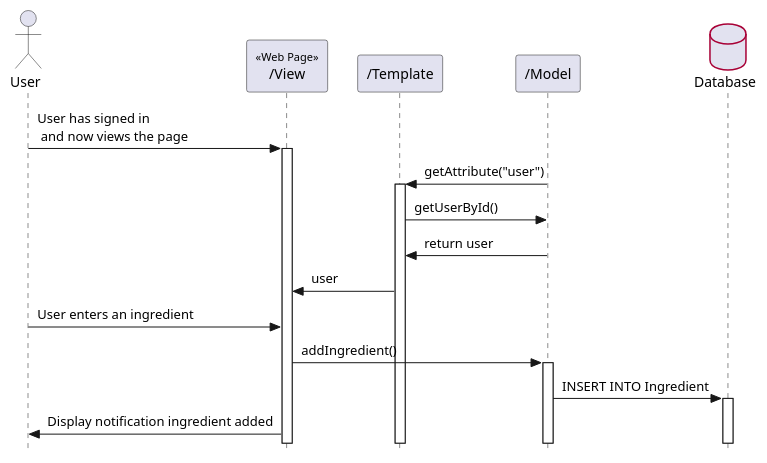
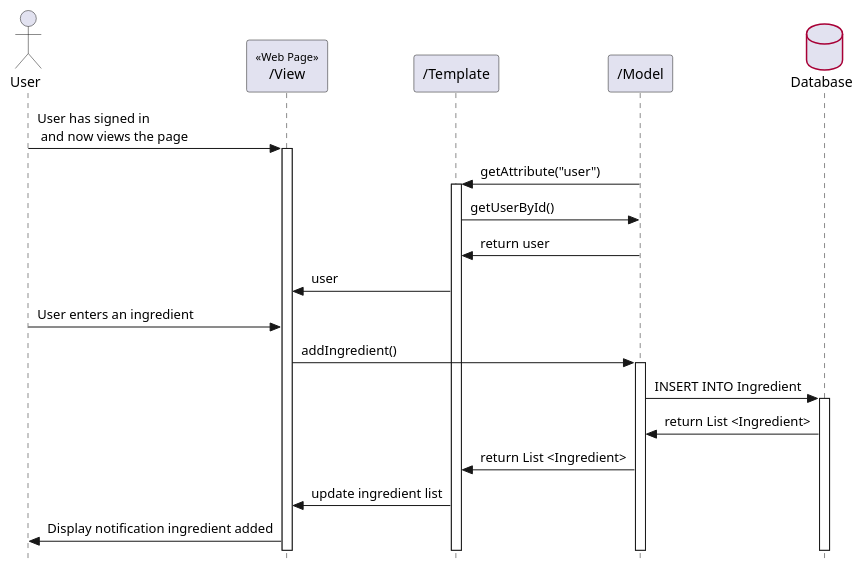
The diagram in Diagrams/UserAddsIngredient.puml (bluewolf44/PantryPal), drawn with PlantUML before and after one commit.

Commit message:
updated user adds ingredient

```diff
--- a/Diagrams/UserAddsIngredient.puml
+++ b/Diagrams/UserAddsIngredient.puml
@@ -1,48 +1,51 @@
 @startuml customerViewsProductPage
 
 ' === Style Tweaks ===
 
 skinparam {
   Style StrictUML
   RoundCorner 5
   ParticipantPadding 10
   Padding 2
   SequenceStereotype {
     Font {
       Size 11
       Style plain
     }
   }
   Database {
 	BorderColor #A80036
   }
 }
 
 
 ' === Actors / Participants
 
 actor "User" as user
 participant "/View" as view << Web Page >>
 participant "/Template" as template
 participant "/Model" as model 
 database "Database" as db
 
 
 ' === Interactions ===
 
 user -> view++ : User has signed in\n and now views the page
 
 model -> template++ : getAttribute("user")
 template -> model : getUserById()
 model -> template : return user
 template -> view : user
 
 
 user -> view : User enters an ingredient
 view -> model++ : addIngredient()
 model -> db++ : INSERT INTO Ingredient
+db -> model : return List <Ingredient>
+model -> template : return List <Ingredient>
+template -> view : update ingredient list
 
 view -> user : Display notification ingredient added
 
 
 @enduml
```
